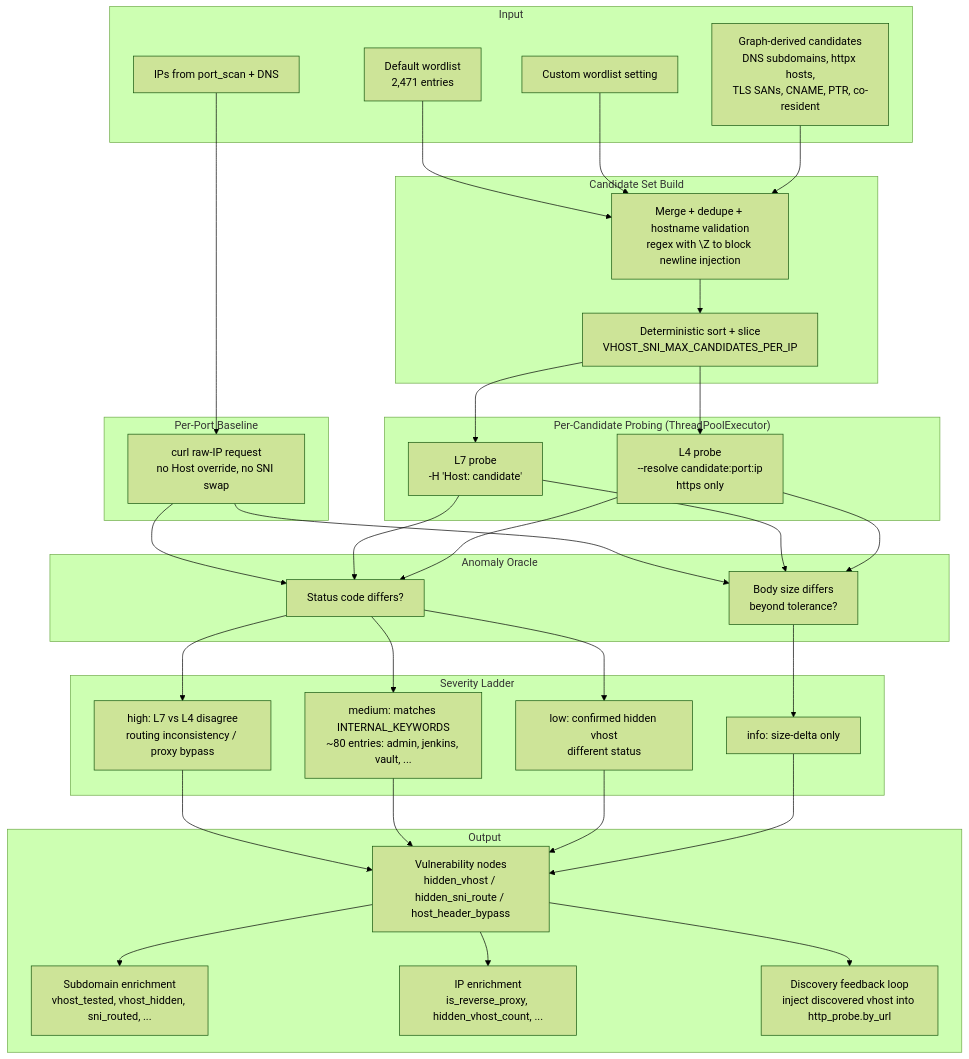
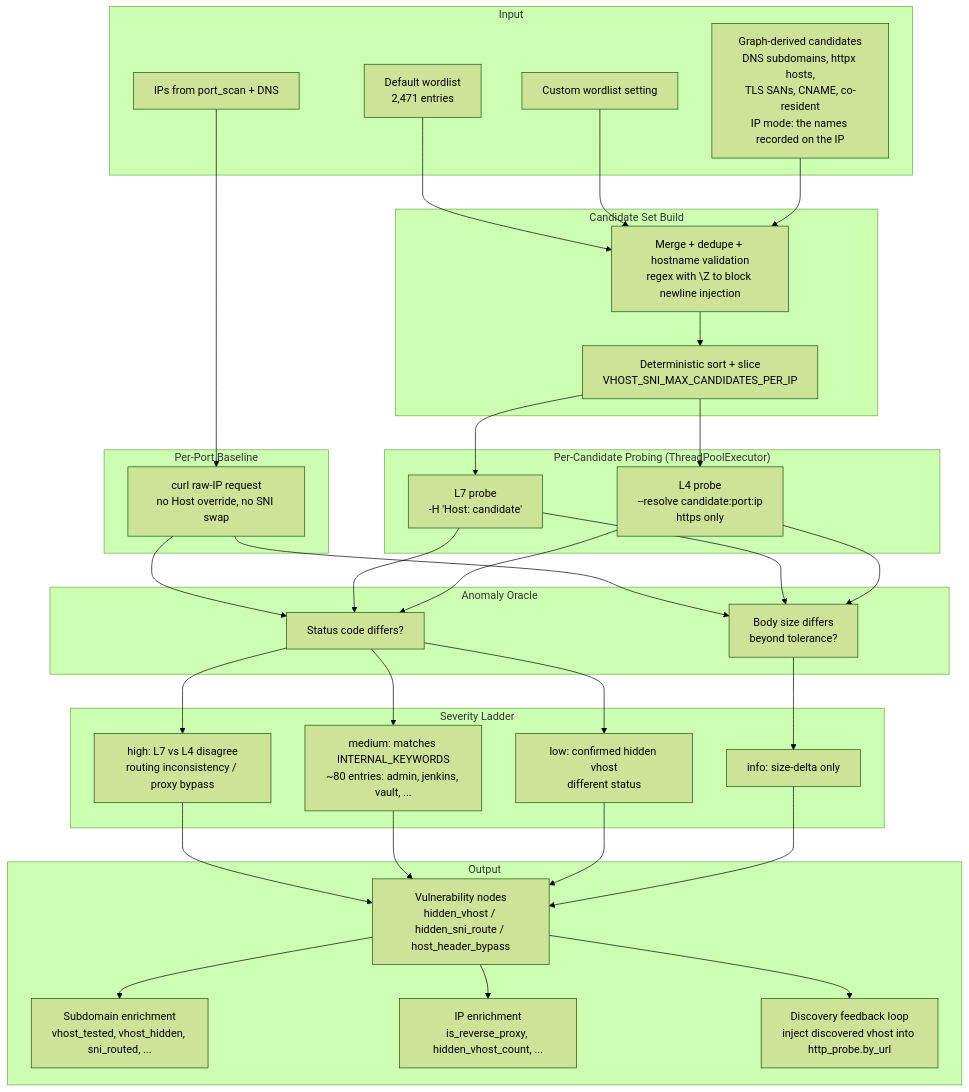
Before and after one commit to samugit83/redamon: diagram 13 of 17 in docs/readmes/README.RECON.md, drawn with Mermaid (forest theme). The commit also changed other lines of this file and 32 other files, not shown here.

````diff
--- a/docs/readmes/README.RECON.md
+++ b/docs/readmes/README.RECON.md
@@ -1798,71 +1877,71 @@
 ```mermaid
 flowchart TB
     subgraph Input
         IPs[IPs from port_scan + DNS]
         DefaultWL[Default wordlist<br/>2,471 entries]
         CustomWL[Custom wordlist setting]
-        GraphCands[Graph-derived candidates<br/>DNS subdomains, httpx hosts,<br/>TLS SANs, CNAME, PTR, co-resident]
+        GraphCands[Graph-derived candidates<br/>DNS subdomains, httpx hosts,<br/>TLS SANs, CNAME, co-resident<br/>IP mode: the names recorded on the IP]
     end
 
     subgraph CandidateSet["Candidate Set Build"]
         Merge[Merge + dedupe + hostname validation<br/>regex with \Z to block newline injection]
         Cap[Deterministic sort + slice<br/>VHOST_SNI_MAX_CANDIDATES_PER_IP]
     end
 
     subgraph Baseline["Per-Port Baseline"]
         BaseReq[curl raw-IP request<br/>no Host override, no SNI swap]
     end
 
     subgraph Probing["Per-Candidate Probing (ThreadPoolExecutor)"]
         L7Probe[L7 probe<br/>-H 'Host: candidate']
         L4Probe[L4 probe<br/>--resolve candidate:port:ip<br/>https only]
     end
 
     subgraph Anomaly["Anomaly Oracle"]
         StatusDiff[Status code differs?]
         SizeDiff[Body size differs<br/>beyond tolerance?]
     end
 
     subgraph Severity["Severity Ladder"]
         High[high: L7 vs L4 disagree<br/>routing inconsistency / proxy bypass]
         Med[medium: matches INTERNAL_KEYWORDS<br/>~80 entries: admin, jenkins, vault, ...]
         Low[low: confirmed hidden vhost<br/>different status]
         Info[info: size-delta only]
     end
 
     subgraph Output
         Vulns[Vulnerability nodes<br/>hidden_vhost / hidden_sni_route / host_header_bypass]
         SubEnrich[Subdomain enrichment<br/>vhost_tested, vhost_hidden, sni_routed, ...]
         IPEnrich[IP enrichment<br/>is_reverse_proxy, hidden_vhost_count, ...]
         Feedback[Discovery feedback loop<br/>inject discovered vhost into http_probe.by_url]
     end
 
     DefaultWL --> Merge
     CustomWL --> Merge
     GraphCands --> Merge
     Merge --> Cap
 
     IPs --> BaseReq
     Cap --> L7Probe
     Cap --> L4Probe
     BaseReq --> StatusDiff
     BaseReq --> SizeDiff
     L7Probe --> StatusDiff
     L7Probe --> SizeDiff
     L4Probe --> StatusDiff
     L4Probe --> SizeDiff
 
     StatusDiff --> High
     StatusDiff --> Med
     StatusDiff --> Low
     SizeDiff --> Info
 
     High --> Vulns
     Med --> Vulns
     Low --> Vulns
     Info --> Vulns
 
     Vulns --> SubEnrich
     Vulns --> IPEnrich
     Vulns --> Feedback
 ```
````
